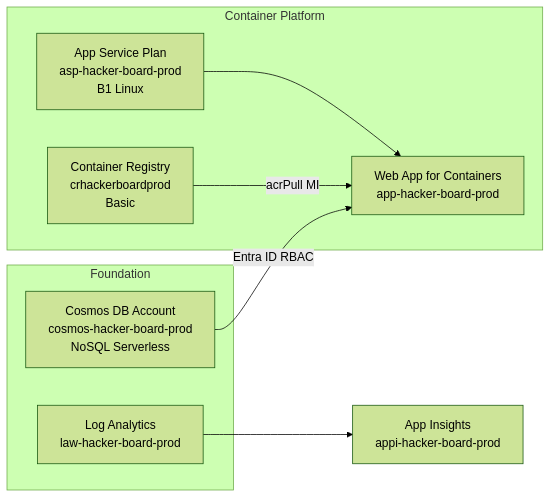
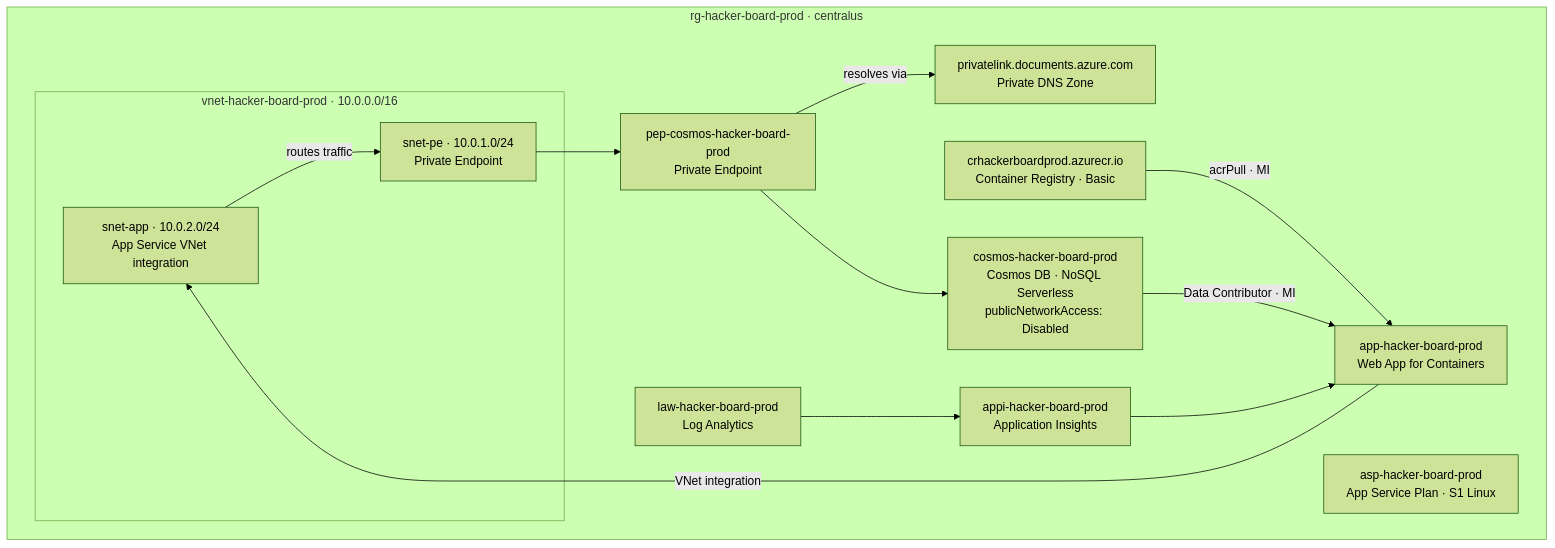
One commit to jonathan-vella/hacker-board changed the first of 2 diagrams in docs/deployment-guide.md. Above: the diagram before and after it, drawn with Mermaid (forest theme). The commit also changed other lines of this file and 28 other files, not shown here.

First line of the commit message:
feat: add Bicep modules for Cosmos DB private endpoint and networking

````diff
--- a/docs/deployment-guide.md
+++ b/docs/deployment-guide.md
@@ -107,18 +26,39 @@
 ```mermaid
-graph LR
-    subgraph Foundation
-        LA[Log Analytics<br/>law-hacker-board-prod]
-        COSMOS[Cosmos DB Account<br/>cosmos-hacker-board-prod<br/>NoSQL Serverless]
+graph TD
+    subgraph rg[rg-hacker-board-prod · centralus]
+        subgraph vnet[vnet-hacker-board-prod · 10.0.0.0/16]
+            snet_app[snet-app · 10.0.2.0/24
+App Service VNet integration]
+            snet_pe[snet-pe · 10.0.1.0/24
+Private Endpoint]
+        end
+
+        ACR[crhackerboardprod.azurecr.io
+Container Registry · Basic]
+        ASP[asp-hacker-board-prod
+App Service Plan · S1 Linux]
+        APP[app-hacker-board-prod
+Web App for Containers]
+        COSMOS[cosmos-hacker-board-prod
+Cosmos DB · NoSQL Serverless
+publicNetworkAccess: Disabled]
+        PE[pep-cosmos-hacker-board-prod
+Private Endpoint]
+        DNS[privatelink.documents.azure.com
+Private DNS Zone]
+        LA[law-hacker-board-prod
+Log Analytics]
+        AI[appi-hacker-board-prod
+Application Insights]
     end
 
-    subgraph Container Platform
-        ACR[Container Registry<br/>crhackerboardprod<br/>Basic]
-        ASP[App Service Plan<br/>asp-hacker-board-prod<br/>B1 Linux]
-        APP[Web App for Containers<br/>app-hacker-board-prod]
-    end
-
-    LA --> AI[App Insights<br/>appi-hacker-board-prod]
-    COSMOS -->|Entra ID RBAC| APP
-    ACR -->|acrPull MI| APP
-    ASP --> APP
+    APP -->|VNet integration| snet_app
+    snet_app -->|routes traffic| snet_pe
+    PE -->|resolves via| DNS
+    PE --> COSMOS
+    ACR -->|acrPull · MI| APP
+    COSMOS -->|Data Contributor · MI| APP
+    LA --> AI
+    AI --> APP
+    snet_pe --> PE
 ```
````
